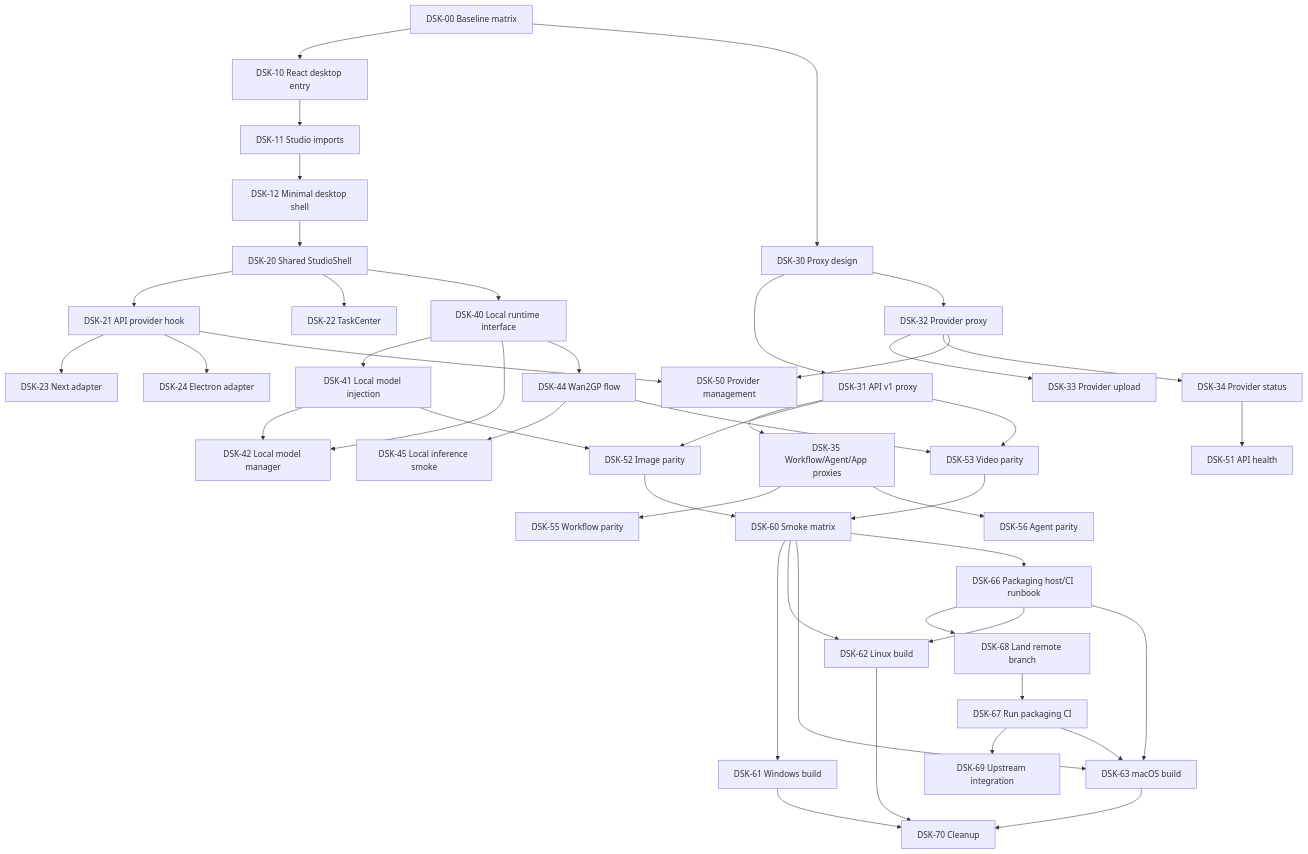
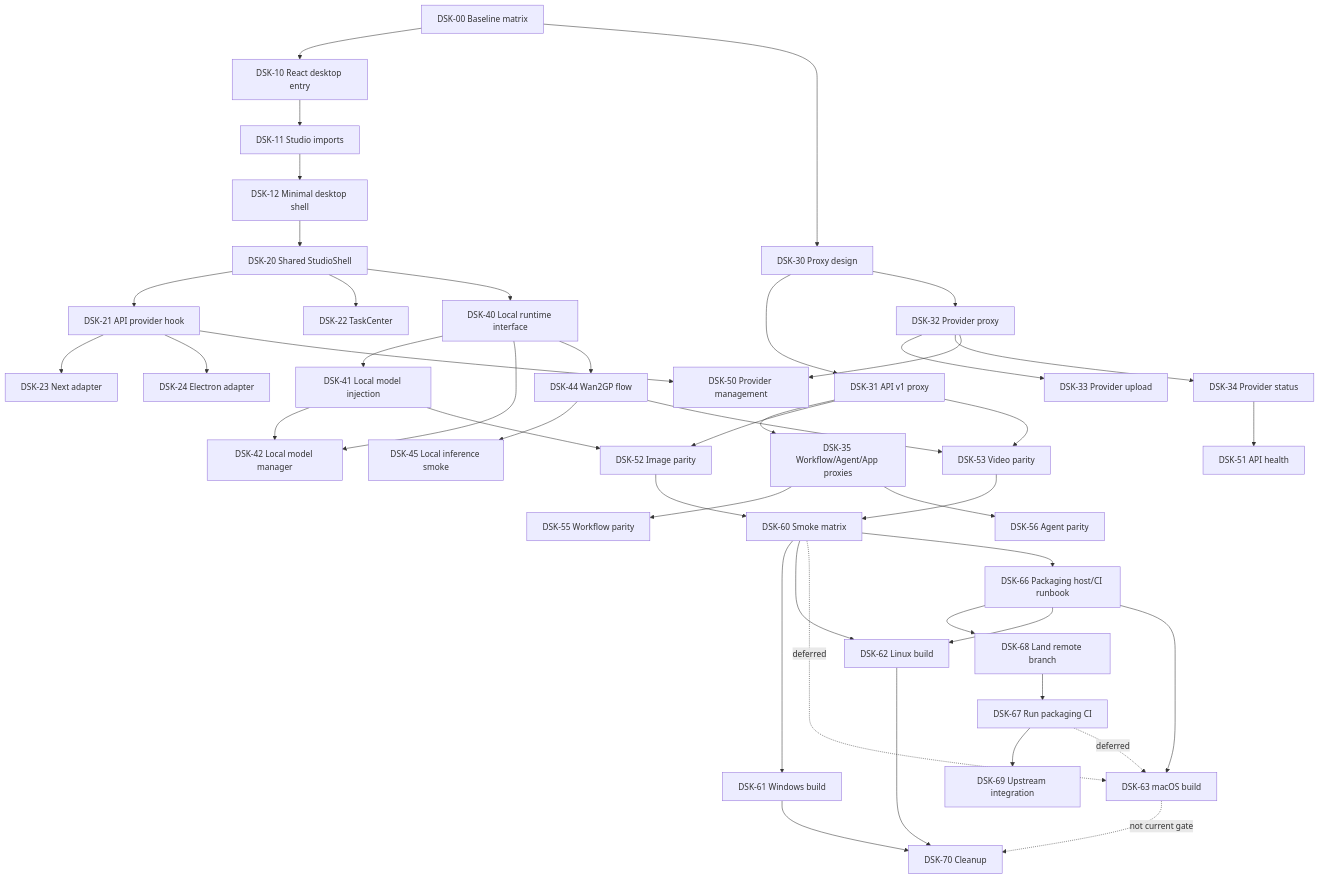
Before and after one commit to Anil-matcha/Open-Generative-AI: the diagram in docs/product/2026-05-26-desktop-web-sync-master-plan.md, drawn with Mermaid. The commit also changed other lines of this file and 29 other files, not shown here.

````diff
--- a/docs/product/2026-05-26-desktop-web-sync-master-plan.md
+++ b/docs/product/2026-05-26-desktop-web-sync-master-plan.md
@@ -290,47 +291,47 @@
 ```mermaid
 flowchart TD
   DSK00["DSK-00 Baseline matrix"] --> DSK10["DSK-10 React desktop entry"]
   DSK00 --> DSK30["DSK-30 Proxy design"]
   DSK10 --> DSK11["DSK-11 Studio imports"]
   DSK11 --> DSK12["DSK-12 Minimal desktop shell"]
   DSK12 --> DSK20["DSK-20 Shared StudioShell"]
   DSK20 --> DSK21["DSK-21 API provider hook"]
   DSK20 --> DSK22["DSK-22 TaskCenter"]
   DSK21 --> DSK23["DSK-23 Next adapter"]
   DSK21 --> DSK24["DSK-24 Electron adapter"]
   DSK30 --> DSK31["DSK-31 API v1 proxy"]
   DSK30 --> DSK32["DSK-32 Provider proxy"]
   DSK32 --> DSK33["DSK-33 Provider upload"]
   DSK32 --> DSK34["DSK-34 Provider status"]
   DSK31 --> DSK35["DSK-35 Workflow/Agent/App proxies"]
   DSK20 --> DSK40["DSK-40 Local runtime interface"]
   DSK40 --> DSK41["DSK-41 Local model injection"]
   DSK40 --> DSK42["DSK-42 Local model manager"]
   DSK40 --> DSK44["DSK-44 Wan2GP flow"]
   DSK41 --> DSK42
   DSK44 --> DSK45["DSK-45 Local inference smoke"]
   DSK21 --> DSK50["DSK-50 Provider management"]
   DSK32 --> DSK50
   DSK34 --> DSK51["DSK-51 API health"]
   DSK31 --> DSK52["DSK-52 Image parity"]
   DSK31 --> DSK53["DSK-53 Video parity"]
   DSK41 --> DSK52
   DSK44 --> DSK53
   DSK35 --> DSK55["DSK-55 Workflow parity"]
   DSK35 --> DSK56["DSK-56 Agent parity"]
   DSK52 --> DSK60["DSK-60 Smoke matrix"]
   DSK53 --> DSK60
   DSK60 --> DSK61["DSK-61 Windows build"]
   DSK60 --> DSK62["DSK-62 Linux build"]
-  DSK60 --> DSK63["DSK-63 macOS build"]
+  DSK60 -. deferred .-> DSK63["DSK-63 macOS build"]
   DSK60 --> DSK66["DSK-66 Packaging host/CI runbook"]
   DSK66 --> DSK68["DSK-68 Land remote branch"]
   DSK68 --> DSK67["DSK-67 Run packaging CI"]
   DSK67 --> DSK69["DSK-69 Upstream integration"]
   DSK66 --> DSK62
   DSK66 --> DSK63
-  DSK67 --> DSK63
+  DSK67 -. deferred .-> DSK63
   DSK61 --> DSK70["DSK-70 Cleanup"]
   DSK62 --> DSK70
-  DSK63 --> DSK70
+  DSK63 -. not current gate .-> DSK70
 ```
````
